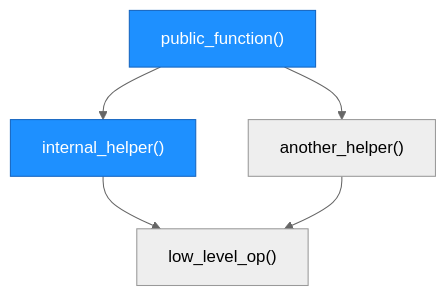
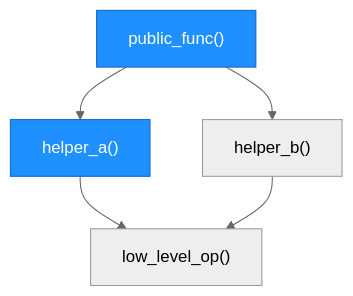
The second of 3 diagrams in templates/architecture.md (statsclaw/statsclaw), drawn with Mermaid before and after one commit. The commit also changed other lines of this file and 1 other file, not shown here.

First line of the commit message:
fix: enforce vertical-only narrow layout for architecture diagrams

````diff
--- a/templates/architecture.md
+++ b/templates/architecture.md
@@ -57,11 +76,12 @@
 ```mermaid
 %%{init: {'theme': 'neutral'}}%%
 graph TD
-    pub1["public_function()"] --> int1["internal_helper()"]
-    pub1 --> int2["another_helper()"]
+    pub1["public_func()"]
+    pub1 --> int1["helper_a()"]
+    pub1 --> int2["helper_b()"]
     int1 --> leaf1["low_level_op()"]
     int2 --> leaf1
 
     style pub1 fill:#1e90ff,stroke:#1565c0,color:#fff
     style int1 fill:#1e90ff,stroke:#1565c0,color:#fff
 ```
````
